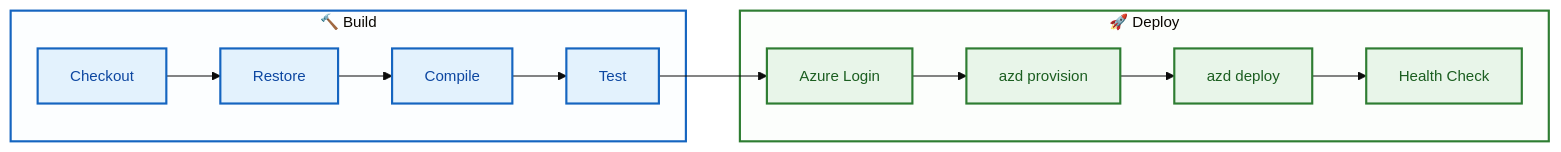
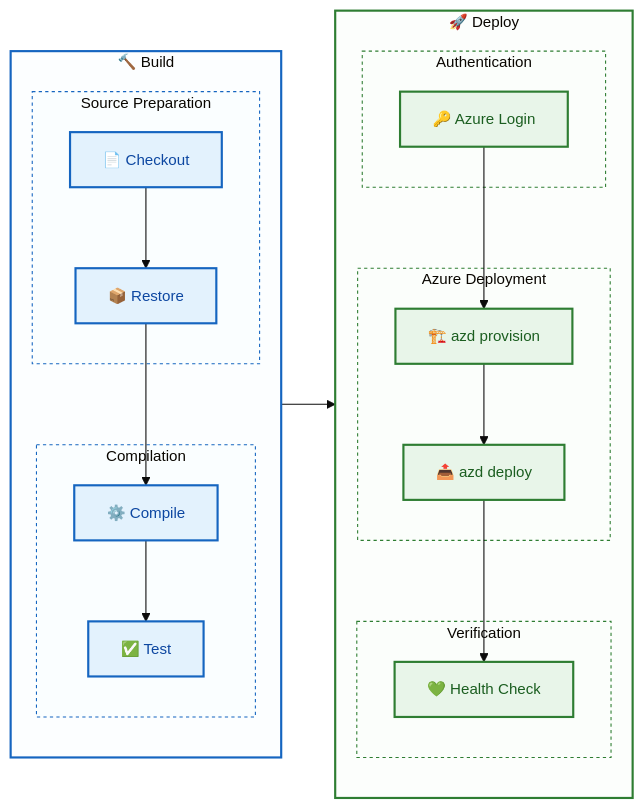
The fourth of 4 diagrams in docs/architecture/07-deployment-architecture.md (Evilazaro/Azure-LogicApps-Monitoring), drawn with Mermaid before and after one commit. The commit also changed other lines of this file, not shown here.

Commit message:
Refactor deployment architecture diagram with improved subgraph organization and styling for enhanced clarity and visual grouping

````diff
--- a/docs/architecture/07-deployment-architecture.md
+++ b/docs/architecture/07-deployment-architecture.md
@@ -493,36 +555,53 @@
 ```mermaid
 %%{init: {'theme': 'base', 'themeVariables': { 'fontSize': '14px'}}}%%
 flowchart LR
     subgraph Build["🔨 Build"]
-        Checkout["Checkout"]
-        Restore["Restore"]
-        Compile["Compile"]
-        Test["Test"]
+        direction TB
+        subgraph SourcePrep["Source Preparation"]
+            Checkout["📄 Checkout"]
+            Restore["📦 Restore"]
+        end
+        subgraph Compilation["Compilation"]
+            Compile["⚙️ Compile"]
+            Test["✅ Test"]
+        end
     end
 
     subgraph Deploy["🚀 Deploy"]
-        Login["Azure Login"]
-        Provision["azd provision"]
-        DeployApp["azd deploy"]
-        Verify["Health Check"]
+        direction TB
+        subgraph Authentication["Authentication"]
+            Login["🔑 Azure Login"]
+        end
+        subgraph AzureDeployment["Azure Deployment"]
+            Provision["🏗️ azd provision"]
+            DeployApp["📤 azd deploy"]
+        end
+        subgraph Verification["Verification"]
+            Verify["💚 Health Check"]
+        end
     end
 
     Checkout --> Restore
     Restore --> Compile
     Compile --> Test
     Test --> Login
     Login --> Provision
     Provision --> DeployApp
     DeployApp --> Verify
 
     %% Accessible color palette for pipeline stages
     classDef build fill:#e3f2fd,stroke:#1565c0,stroke-width:2px,color:#0d47a1
     classDef deploy fill:#e8f5e9,stroke:#2e7d32,stroke-width:2px,color:#1b5e20
 
     class Checkout,Restore,Compile,Test build
     class Login,Provision,DeployApp,Verify deploy
 
     %% Subgraph container styling for visual layer grouping
     style Build fill:#e3f2fd22,stroke:#1565c0,stroke-width:2px
     style Deploy fill:#e8f5e922,stroke:#2e7d32,stroke-width:2px
+    style SourcePrep fill:#e3f2fd11,stroke:#1565c0,stroke-width:1px,stroke-dasharray:3
+    style Compilation fill:#e3f2fd11,stroke:#1565c0,stroke-width:1px,stroke-dasharray:3
+    style Authentication fill:#e8f5e911,stroke:#2e7d32,stroke-width:1px,stroke-dasharray:3
+    style AzureDeployment fill:#e8f5e911,stroke:#2e7d32,stroke-width:1px,stroke-dasharray:3
+    style Verification fill:#e8f5e911,stroke:#2e7d32,stroke-width:1px,stroke-dasharray:3
 ```
````
